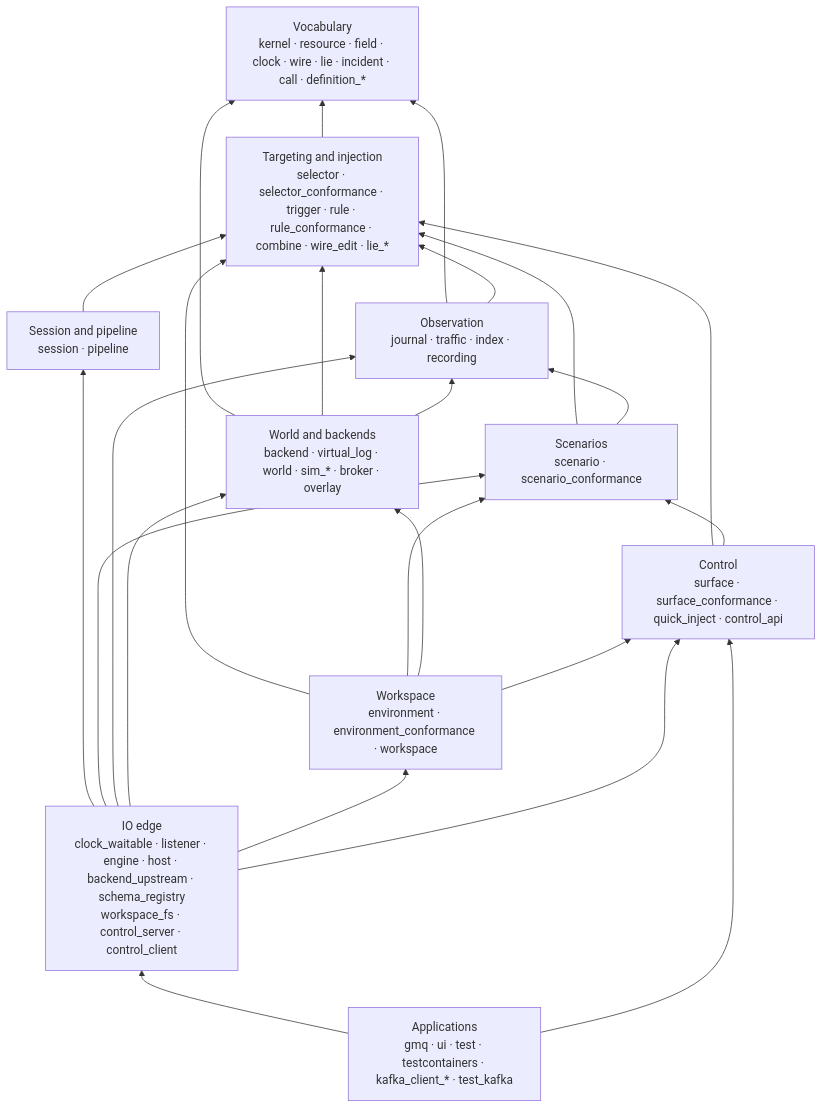
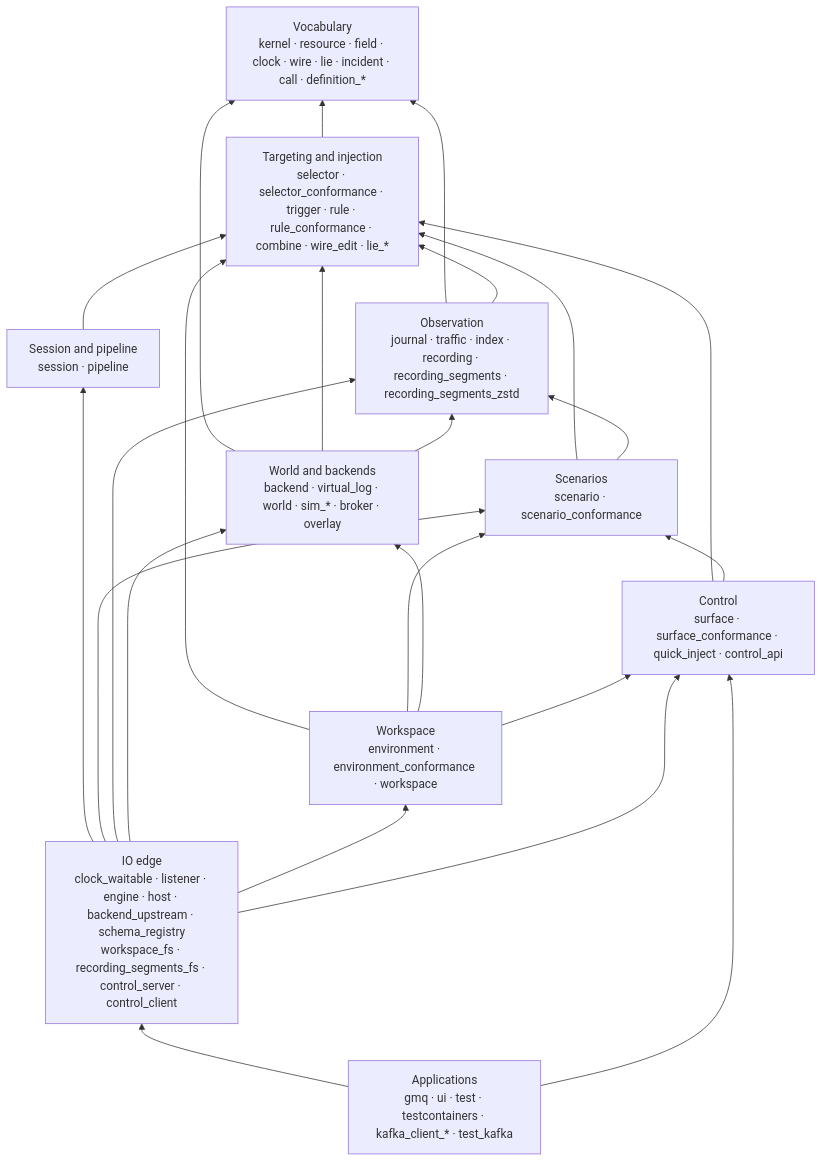
One commit to cruxy-eu/gaslightmq changed the diagram in docs/specs/architecture/crates.md. Above: the diagram before and after it, drawn with Mermaid. The commit also changed other lines of this file and 7 other files, not shown here.

First line of the commit message:
docs(specs): recording storage: a streaming contract over segments, rkyv with versions, Zstandard, memory budgets (#91)

````diff
--- a/docs/specs/architecture/crates.md
+++ b/docs/specs/architecture/crates.md
@@ -253,37 +258,37 @@
 ```mermaid
 flowchart BT
   V["Vocabulary<br/>kernel · resource · field · clock · wire · lie · incident · call · definition_*"]
   T["Targeting and injection<br/>selector · selector_conformance · trigger · rule · rule_conformance · combine · wire_edit · lie_*"]
   P["Session and pipeline<br/>session · pipeline"]
   S["Scenarios<br/>scenario · scenario_conformance"]
-  O["Observation<br/>journal · traffic · index · recording"]
+  O["Observation<br/>journal · traffic · index · recording · recording_segments · recording_segments_zstd"]
   W["World and backends<br/>backend · virtual_log · world · sim_* · broker · overlay"]
   F["Workspace<br/>environment · environment_conformance · workspace"]
   C["Control<br/>surface · surface_conformance · quick_inject · control_api"]
-  IO["IO edge<br/>clock_waitable · listener · engine · host · backend_upstream · schema_registry<br/>workspace_fs · control_server · control_client"]
+  IO["IO edge<br/>clock_waitable · listener · engine · host · backend_upstream · schema_registry<br/>workspace_fs · recording_segments_fs · control_server · control_client"]
   A["Applications<br/>gmq · ui · test · testcontainers · kafka_client_* · test_kafka"]
 
   T --> V
   P --> T
   S --> T
   S --> O
   O --> V
   O --> T
   W --> V
   W --> T
   W --> O
   F --> T
   F --> S
   F --> W
   F --> C
   C --> T
   C --> S
   IO --> P
   IO --> S
   IO --> O
   IO --> W
   IO --> F
   IO --> C
   A --> IO
   A --> C
 ```
````
